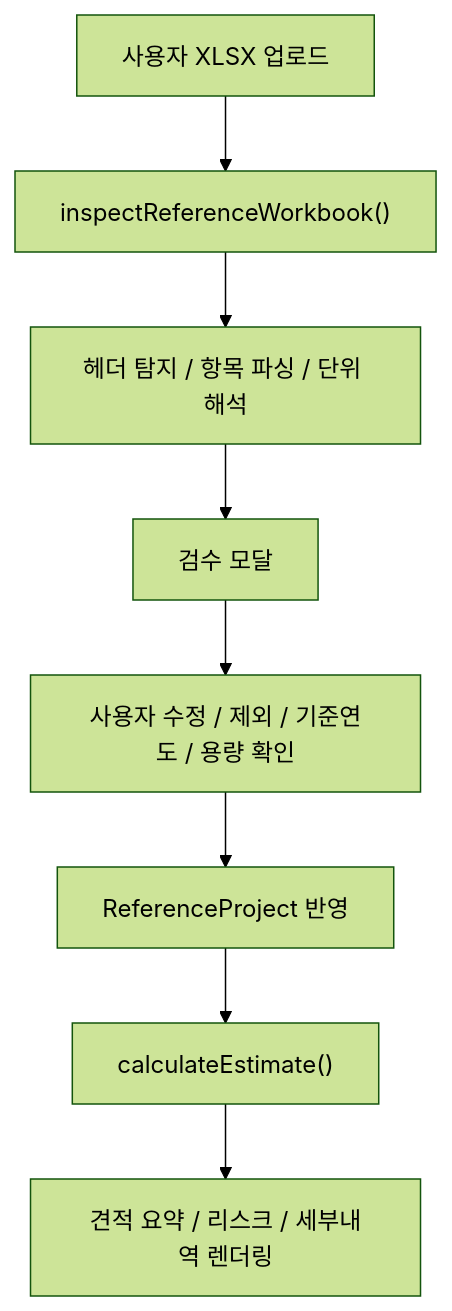
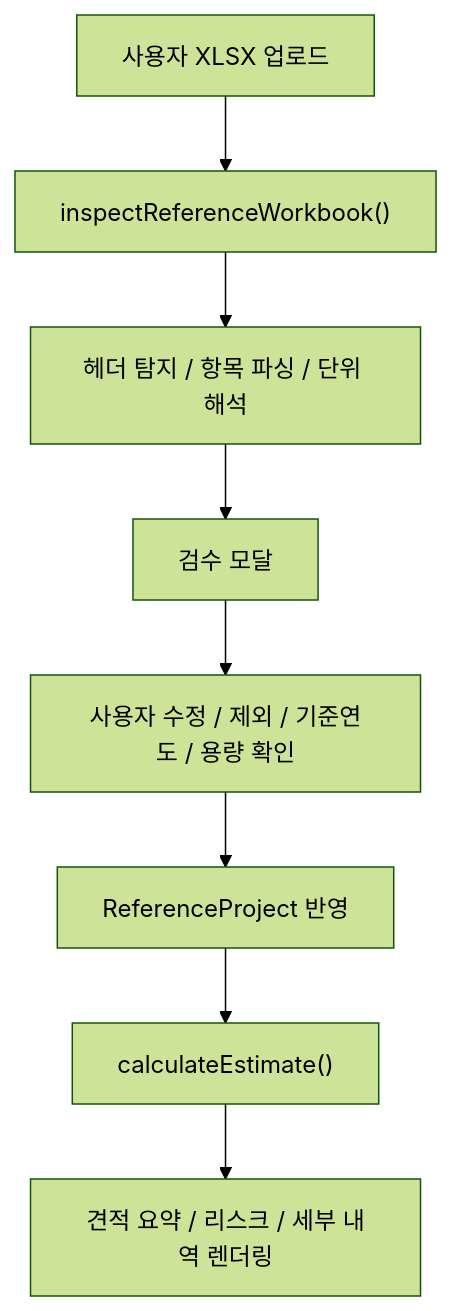
One commit to dmdmkim82/estimationPJT changed the second of 2 diagrams in README.md. Above: the diagram before and after it, drawn with Mermaid (forest theme). The commit also changed other lines of this file and 12 other files, not shown here.

````diff
--- a/README.md
+++ b/README.md
@@ -85,10 +210,10 @@
 ```mermaid
 flowchart TD
     A["사용자 XLSX 업로드"] --> B["inspectReferenceWorkbook()"]
     B --> C["헤더 탐지 / 항목 파싱 / 단위 해석"]
     C --> D["검수 모달"]
     D --> E["사용자 수정 / 제외 / 기준연도 / 용량 확인"]
     E --> F["ReferenceProject 반영"]
     F --> G["calculateEstimate()"]
-    G --> H["견적 요약 / 리스크 / 세부내역 렌더링"]
+    G --> H["견적 요약 / 리스크 / 세부 내역 렌더링"]
 ```
````
